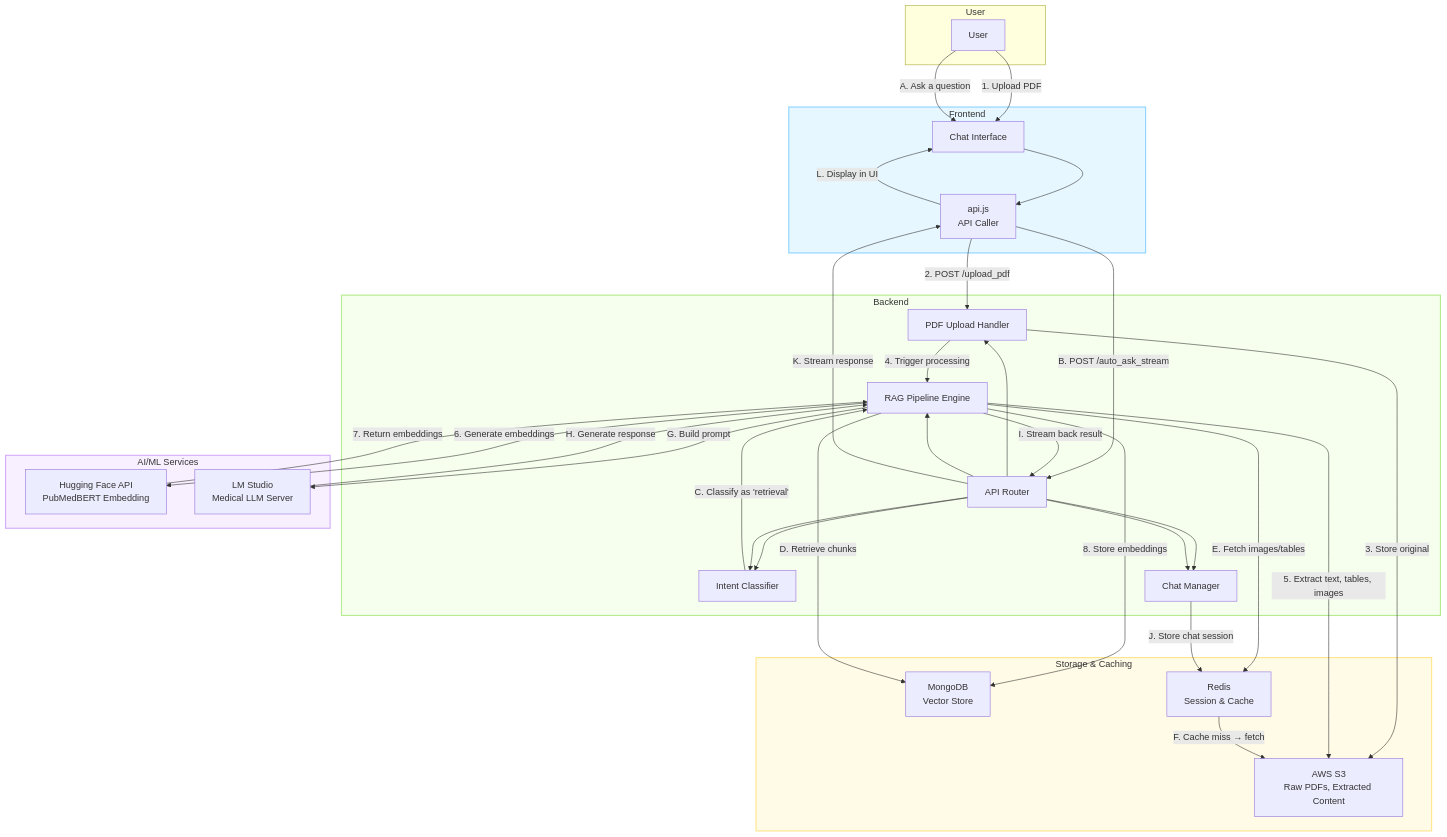
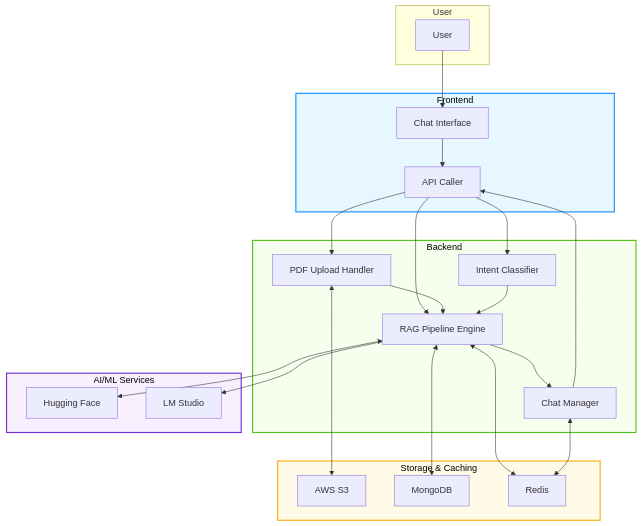
The diagram in README.md (Jagapathi-Vallapuri/Medical-Document-RAG-Retrieval-Augmented-Generation-System), drawn with Mermaid before and after one commit. The commit also changed other lines of this file and 1 other file, not shown here.

````diff
--- a/README.md
+++ b/README.md
@@ -347,63 +34,51 @@
 ```mermaid
 graph TD
-    subgraph User
+    subgraph User_Area [User]
         U[User]
     end
 
-    subgraph Frontend [Frontend]
-        style Frontend fill:#e6f7ff,stroke:#91d5ff,stroke-width:2px
+    subgraph Frontend_Area [Frontend]
+        style Frontend_Area fill:#e6f7ff,stroke:#1890ff,stroke-width:2px,color:#000
         FE_UI[Chat Interface]
-        FE_API["api.js\nAPI Caller"]
-        FE_UI --> FE_API
+        FE_API[API Caller]
     end
 
-    subgraph Backend [Backend]
-        style Backend fill:#f6ffed,stroke:#b7eb8f,stroke-width:2px
-        B_Router[API Router]
+    subgraph Backend_Area [Backend]
+        style Backend_Area fill:#f6ffed,stroke:#52c41a,stroke-width:2px,color:#000
         B_Upload[PDF Upload Handler]
         B_Intent[Intent Classifier]
         B_RAG[RAG Pipeline Engine]
         B_Chat[Chat Manager]
-        B_Router --> B_Upload
-        B_Router --> B_Intent
-        B_Router --> B_RAG
-        B_Router --> B_Chat
     end
 
-    subgraph DataStores [Storage & Caching]
-        style DataStores fill:#fffbe6,stroke:#ffe58f,stroke-width:2px
-        DB_S3["AWS S3\nRaw PDFs, Extracted Content"]
-        DB_Mongo["MongoDB\nVector Store"]
-        DB_Redis["Redis\nSession & Cache"]
+    subgraph Storage_Area [Storage & Caching]
+        style Storage_Area fill:#fffbe6,stroke:#faad14,stroke-width:2px,color:#000
+        DB_S3[AWS S3]
+        DB_Mongo[MongoDB]
+        DB_Redis[Redis]
     end
 
-    subgraph AI_Services [AI/ML Services]
-        style AI_Services fill:#f9f0ff,stroke:#d3adf7,stroke-width:2px
-        AI_HF["Hugging Face API\nPubMedBERT Embedding"]
-        AI_LMStudio["LM Studio\nMedical LLM Server"]
+    subgraph AI_Area [AI/ML Services]
+        style AI_Area fill:#f9f0ff,stroke:#722ed1,stroke-width:2px,color:#000
+        AI_HF[Hugging Face]
+        AI_LM[LM Studio]
     end
 
-    U -->|1. Upload PDF| FE_UI
-    FE_API -->|2. POST /upload_pdf| B_Upload
-    B_Upload -->|3. Store original| DB_S3
-    B_Upload -->|4. Trigger processing| B_RAG
-    B_RAG -->|5. Extract text, tables, images| DB_S3
-    B_RAG -->|6. Generate embeddings| AI_HF
-    AI_HF -->|7. Return embeddings| B_RAG
-    B_RAG -->|8. Store embeddings| DB_Mongo
-
-    U -->|A. Ask a question| FE_UI
-    FE_API -->|B. POST /auto_ask_stream| B_Router
-    B_Router --> B_Intent
-    B_Intent -->|C. Classify as 'retrieval'| B_RAG
-    B_RAG -->|D. Retrieve chunks| DB_Mongo
-    B_RAG -->|E. Fetch images/tables| DB_Redis
-    DB_Redis -->|F. Cache miss → fetch| DB_S3
-    B_RAG -->|G. Build prompt| AI_LMStudio
-    AI_LMStudio -->|H. Generate response| B_RAG
-    B_RAG -->|I. Stream back result| B_Router
-    B_Router --> B_Chat
-    B_Chat -->|J. Store chat session| DB_Redis
-    B_Router -->|K. Stream response| FE_API
-    FE_API -->|L. Display in UI| FE_UI
+    %% Main Architecture Flow
+    U --> FE_UI
+    FE_UI --> FE_API
+    FE_API --> B_Upload
+    FE_API --> B_Intent
+    FE_API --> B_RAG
+    B_Upload --> B_RAG
+    B_Intent --> B_RAG
+    B_RAG --> B_Chat
+    B_Chat --> FE_API
+    %% Data Flow
+    B_Upload <--> DB_S3
+    B_RAG <--> DB_Mongo
+    B_RAG <--> DB_Redis
+    B_Chat <--> DB_Redis
+    B_RAG <--> AI_HF
+    B_RAG --> AI_LM
 ```
````
